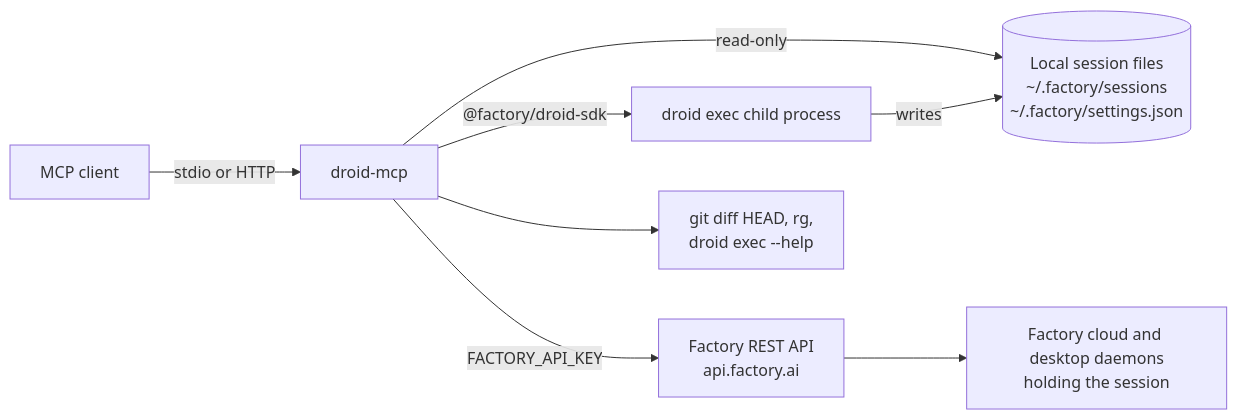
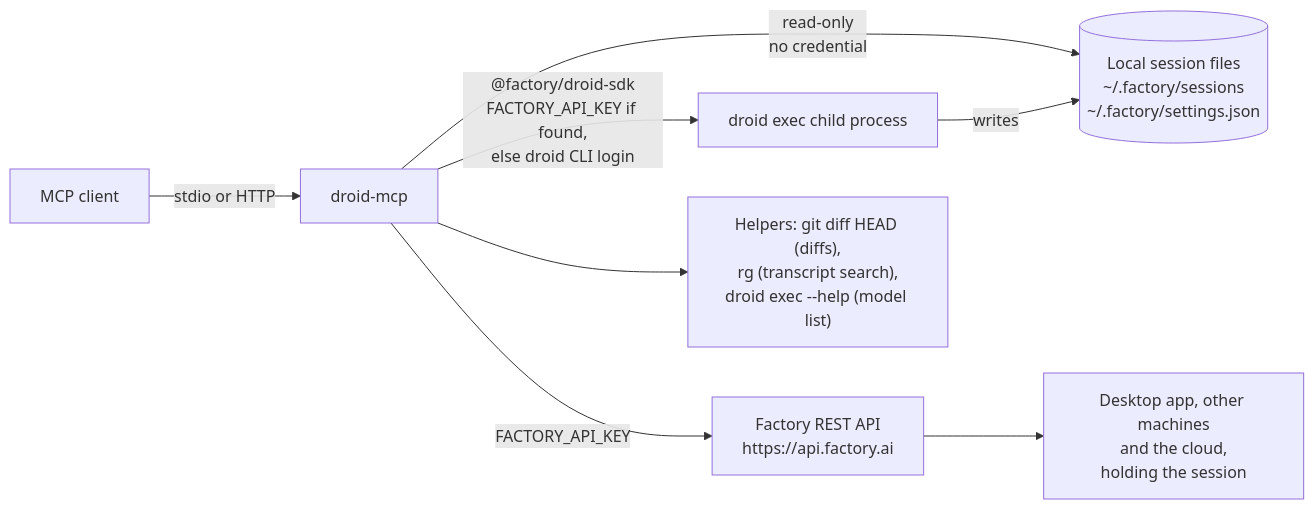
Before and after one commit to Jason-Holt-Digital/droid-mcp: the first of 2 diagrams in README.md, drawn with Mermaid. The commit also changed other lines of this file, not shown here.

````diff
--- a/README.md
+++ b/README.md
@@ -146,10 +239,10 @@
 ```mermaid
 flowchart LR
-  client[MCP client] -->|stdio or HTTP| server[droid-mcp]
-  server -->|read-only| files[(Local session files<br/>~/.factory/sessions<br/>~/.factory/settings.json)]
-  server -->|"@factory/droid-sdk"| exec[droid exec child process]
-  exec -->|writes| files
-  server -->|FACTORY_API_KEY| rest[Factory REST API<br/>api.factory.ai]
-  rest --> daemons[Factory cloud and desktop daemons<br/>holding the session]
-  server --> helpers[git diff HEAD, rg,<br/>droid exec --help]
+  client["MCP client"] -->|"stdio or HTTP"| server["droid-mcp"]
+  server -->|"read-only<br/>no credential"| files[("Local session files<br/>~/.factory/sessions<br/>~/.factory/settings.json")]
+  server -->|"@factory/droid-sdk<br/>FACTORY_API_KEY if found,<br/>else droid CLI login"| exec["droid exec child process"]
+  exec -->|"writes"| files
+  server -->|"FACTORY_API_KEY"| rest["Factory REST API<br/>https://api.factory.ai"]
+  rest --> daemons["Desktop app, other machines<br/>and the cloud,<br/>holding the session"]
+  server --> helpers["Helpers: git diff HEAD (diffs),<br/>rg (transcript search),<br/>droid exec --help (model list)"]
 ```
````
